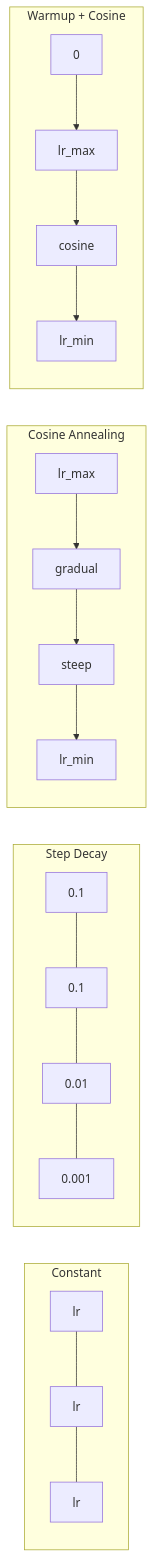
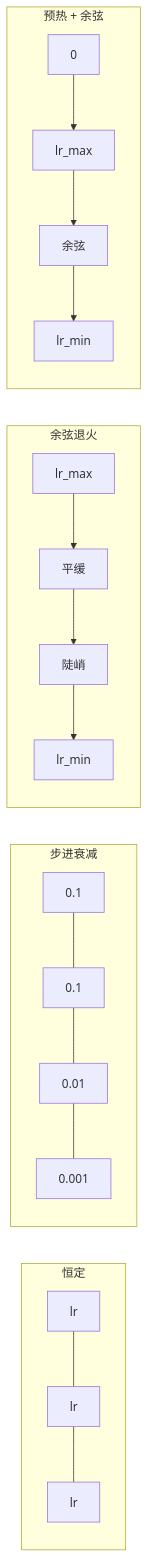
Before and after one commit to omigaZen/ai-engineering-from-scratch: the first of 3 diagrams in phases/03-deep-learning-core/09-learning-rate-schedules/docs/zh.md, drawn with Mermaid. The commit also changed other lines of this file, not shown here.

````diff
--- a/phases/03-deep-learning-core/09-learning-rate-schedules/docs/zh.md
+++ b/phases/03-deep-learning-core/09-learning-rate-schedules/docs/zh.md
@@ -102,18 +102,18 @@
 ```mermaid
 graph LR
-    subgraph "Constant"
+    subgraph "恒定"
         C1["lr"] --- C2["lr"] --- C3["lr"]
     end
 
-    subgraph "Step Decay"
+    subgraph "步进衰减"
         S1["0.1"] --- S2["0.1"] --- S3["0.01"] --- S4["0.001"]
     end
 
-    subgraph "Cosine Annealing"
-        CS1["lr_max"] --> CS2["gradual"] --> CS3["steep"] --> CS4["lr_min"]
+    subgraph "余弦退火"
+        CS1["lr_max"] --> CS2["平缓"] --> CS3["陡峭"] --> CS4["lr_min"]
     end
 
-    subgraph "Warmup + Cosine"
-        WC1["0"] --> WC2["lr_max"] --> WC3["cosine"] --> WC4["lr_min"]
+    subgraph "预热 + 余弦"
+        WC1["0"] --> WC2["lr_max"] --> WC3["余弦"] --> WC4["lr_min"]
     end
 ```
````
